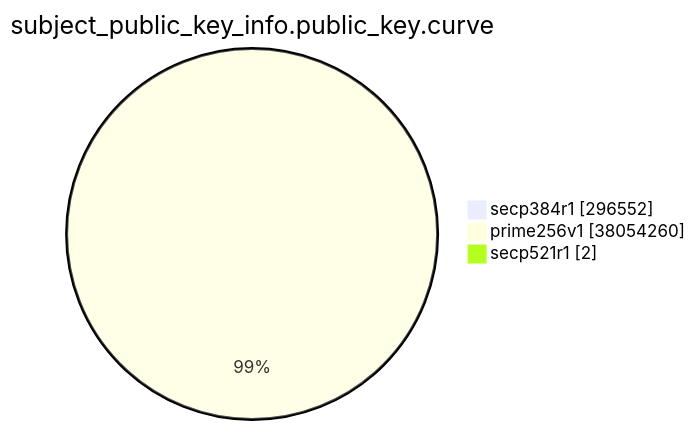
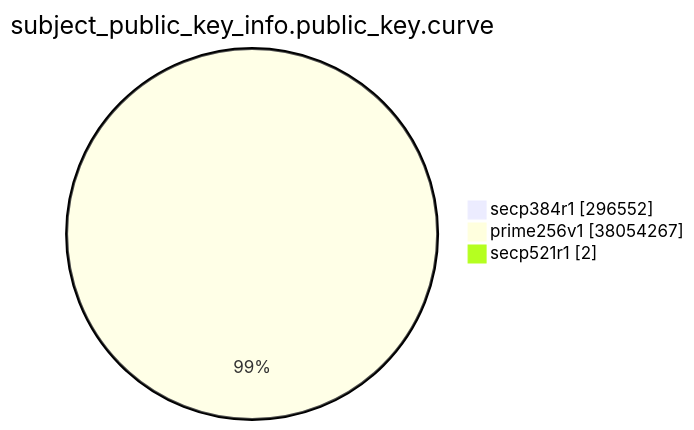
One commit to christiankrug/ctmonitor_visualization changed the eighth of 15 diagrams in xenon2023/README.md. Above: the diagram before and after it, drawn with Mermaid. The commit also changed other lines of this file, not shown here.

````diff
--- a/xenon2023/README.md
+++ b/xenon2023/README.md
@@ -2164,7 +2164,7 @@
 ```mermaid
 pie showData
 title subject_public_key_info.public_key.curve
 "secp384r1" :296552
-"prime256v1" :38054260
+"prime256v1" :38054267
 "secp521r1" :2
 ```
````
